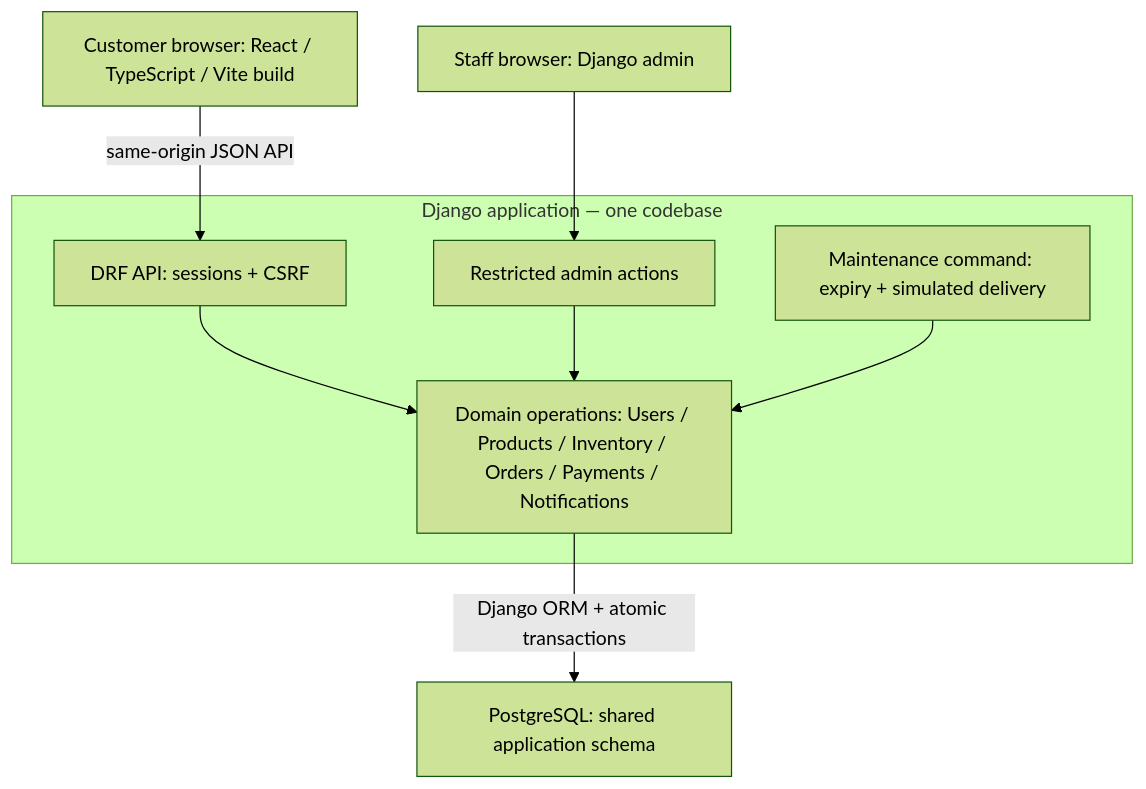
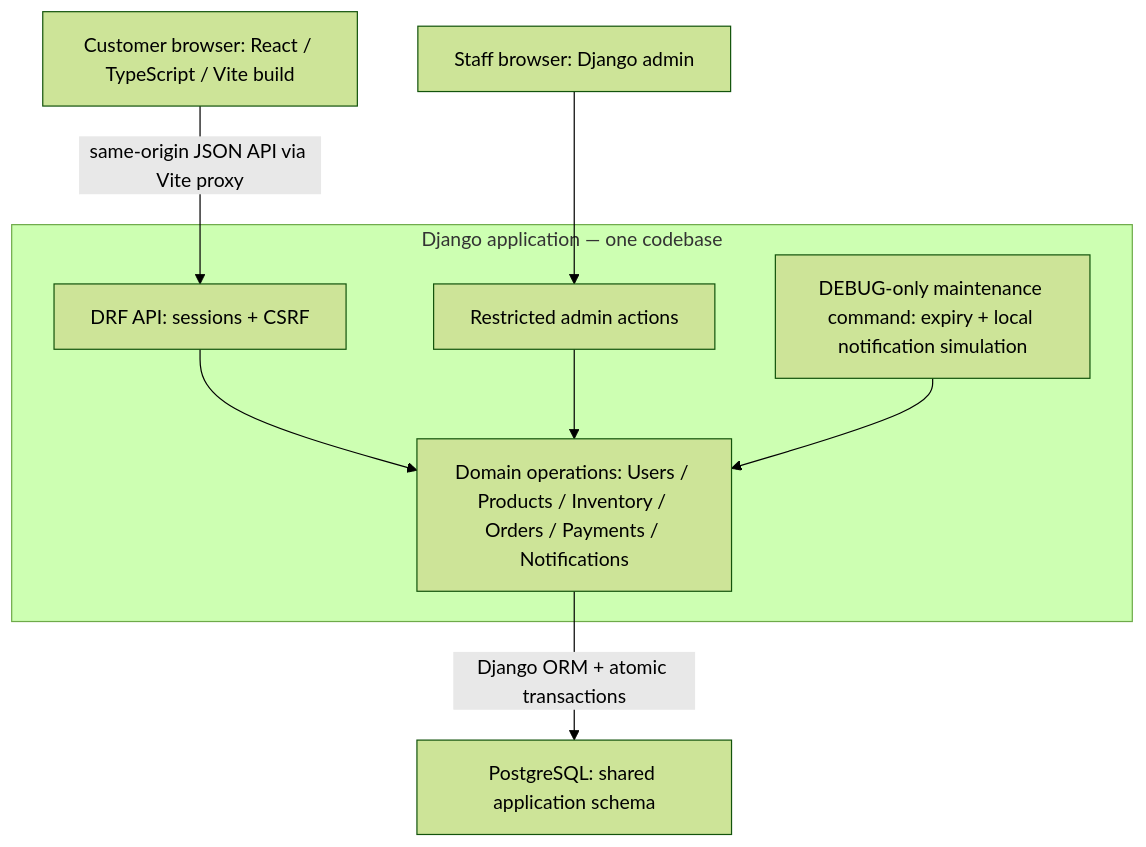
Before and after one commit to lewislpz/blast-ecom: the diagram in docs/architecture/overview.md, drawn with Mermaid (forest theme). The commit also changed other lines of this file and 48 other files, not shown here.

````diff
--- a/docs/architecture/overview.md
+++ b/docs/architecture/overview.md
@@ -7,17 +7,17 @@
 ```mermaid
 flowchart TB
     Browser["Customer browser: React / TypeScript / Vite build"]
     Staff["Staff browser: Django admin"]
     subgraph Django["Django application — one codebase"]
         API["DRF API: sessions + CSRF"]
         Admin["Restricted admin actions"]
         Services["Domain operations: Users / Products / Inventory / Orders / Payments / Notifications"]
-        Maintenance["Maintenance command: expiry + simulated delivery"]
+        Maintenance["DEBUG-only maintenance command: expiry + local notification simulation"]
         API --> Services
         Admin --> Services
         Maintenance --> Services
     end
-    Browser -->|"same-origin JSON API"| API
+    Browser -->|"same-origin JSON API via Vite proxy"| API
     Staff --> Admin
-    Services -->|"Django ORM + atomic transactions"| DB["PostgreSQL: shared application schema"]
+Services -->|"Django ORM + atomic transactions"| DB["PostgreSQL: shared application schema"]
 ```
````
